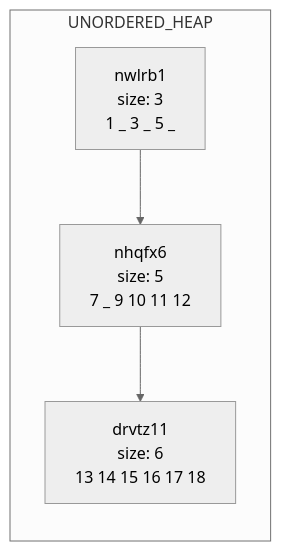
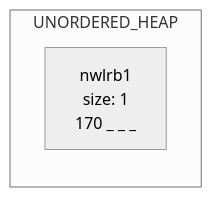
Before and after one commit to shiridikumar/phase1_dup: the second of 2 diagrams in data/chart.md, drawn with Mermaid (neutral theme). The commit also changed other lines of this file and 133 other files, not shown here.

````diff
--- a/data/chart.md
+++ b/data/chart.md
@@ -15,10 +7,6 @@
 ```mermaid
 graph LR
 subgraph UNORDERED_HEAP
-nwlrb1[nwlrb1<br/>size: 3<br/>1 _ 3 _ 5 _ ]
-nhqfx6[nhqfx6<br/>size: 5<br/>7 _ 9 10 11 12 ]
-nwlrb1-->nhqfx6
-drvtz11[drvtz11<br/>size: 6<br/>13 14 15 16 17 18 ]
-nhqfx6-->drvtz11
+nwlrb1[nwlrb1<br/>size: 1<br/>170 _ _ _ ]
 end
 ```
````
